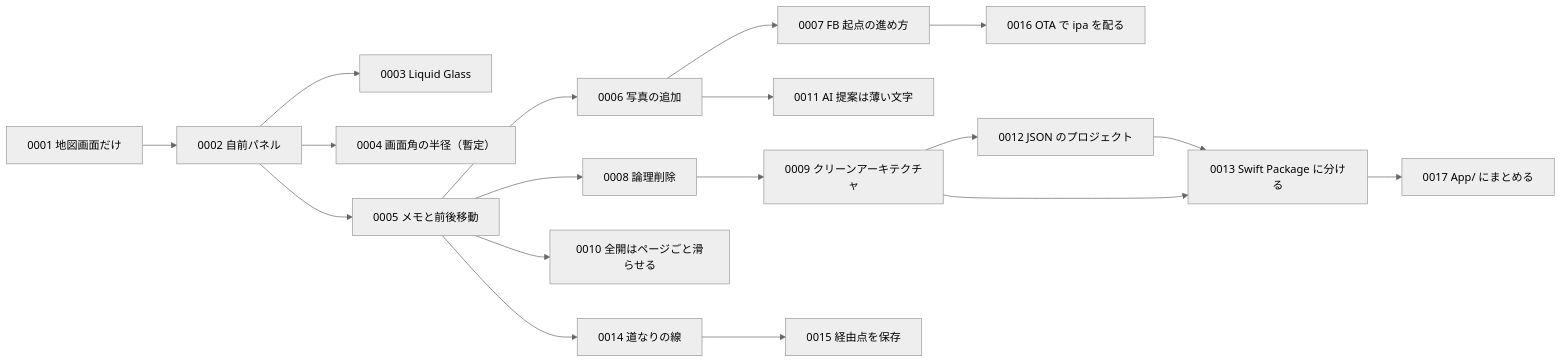
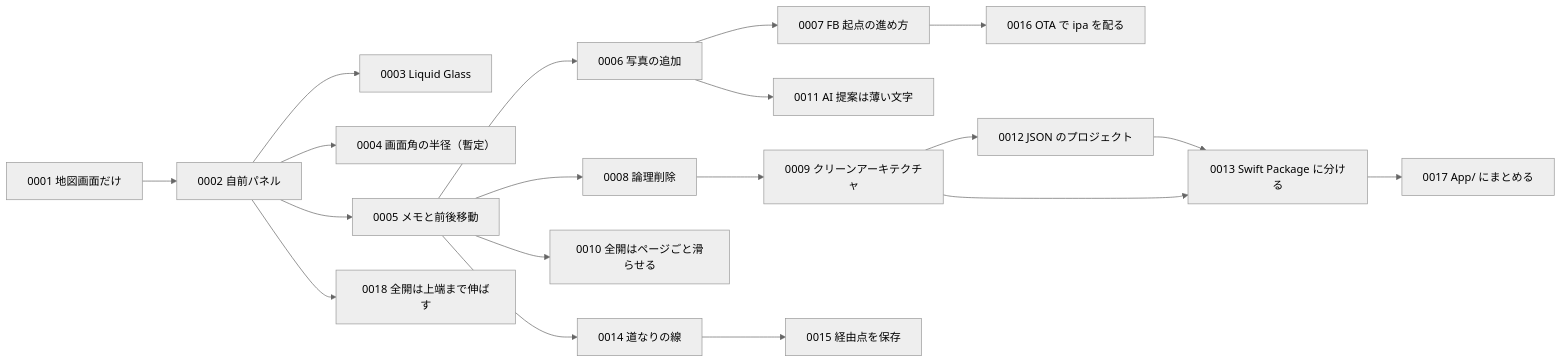
Before and after one commit to akidon0000/tabi-memo: the diagram in docs/adr/README.md, drawn with Mermaid (neutral theme). The commit also changed other lines of this file and 5 other files, not shown here.

````diff
--- a/docs/adr/README.md
+++ b/docs/adr/README.md
@@ -48,20 +49,21 @@
 ```mermaid
 flowchart LR
     0001["0001 地図画面だけ"] --> 0002["0002 自前パネル"]
     0002 --> 0003["0003 Liquid Glass"]
     0002 --> 0004["0004 画面角の半径（暫定）"]
     0002 --> 0005["0005 メモと前後移動"]
     0005 --> 0006["0006 写真の追加"]
     0006 --> 0007["0007 FB 起点の進め方"]
     0005 --> 0008["0008 論理削除"]
     0008 --> 0009["0009 クリーンアーキテクチャ"]
     0005 --> 0010["0010 全開はページごと滑らせる"]
     0006 --> 0011["0011 AI 提案は薄い文字"]
     0009 --> 0012["0012 JSON のプロジェクト"]
     0012 --> 0013["0013 Swift Package に分ける"]
     0009 --> 0013
     0005 --> 0014["0014 道なりの線"]
     0014 --> 0015["0015 経由点を保存"]
     0007 --> 0016["0016 OTA で ipa を配る"]
     0013 --> 0017["0017 App/ にまとめる"]
+    0002 --> 0018["0018 全開は上端まで伸ばす"]
 ```
````
